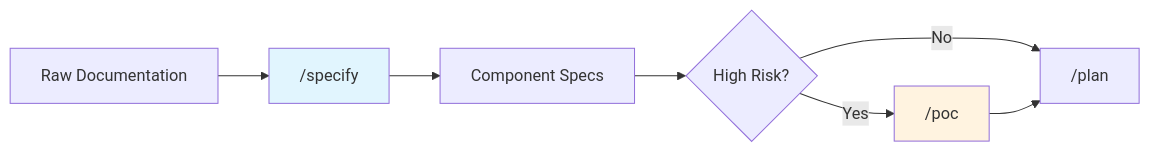
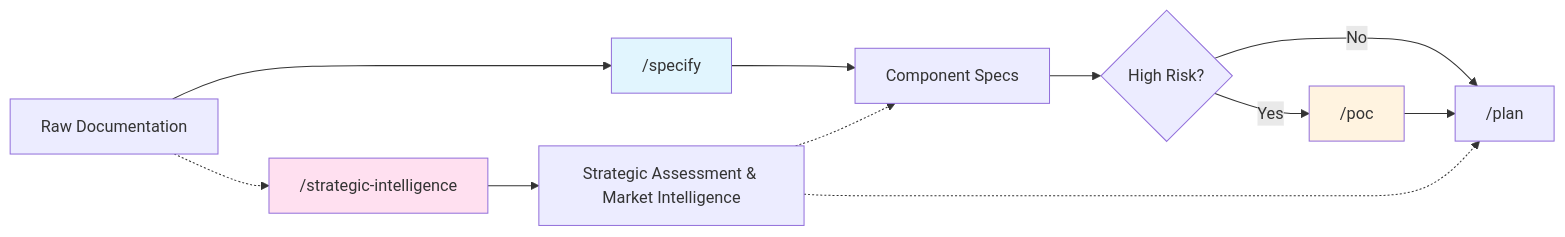
Before and after one commit to Mathews-Tom/sage-dev: the second of 22 diagrams in commands/WORKFLOW.md, drawn with Mermaid. The commit also changed other lines of this file and 3 other files, not shown here.

First line of the commit message:
Add /strategic-intelligence command and integrate across docs; remove legacy gap analysis

````diff
--- a/commands/WORKFLOW.md
+++ b/commands/WORKFLOW.md
@@ -42,12 +48,17 @@
 ```mermaid
 graph LR
     A[Raw Documentation] --> B["/specify"]
+    A -.-> G["/strategic-intelligence"]
     B --> C[Component Specs]
+    G --> H[Strategic Assessment & Market Intelligence]
     C --> D{High Risk?}
+    H -.-> C
     D -->|Yes| E["/poc"]
     D -->|No| F["/plan"]
     E --> F
-    
+    H -.-> F
+
     style B fill:#e1f5fe
     style E fill:#fff3e0
+    style G fill:#ffe0f0
 ```
````
